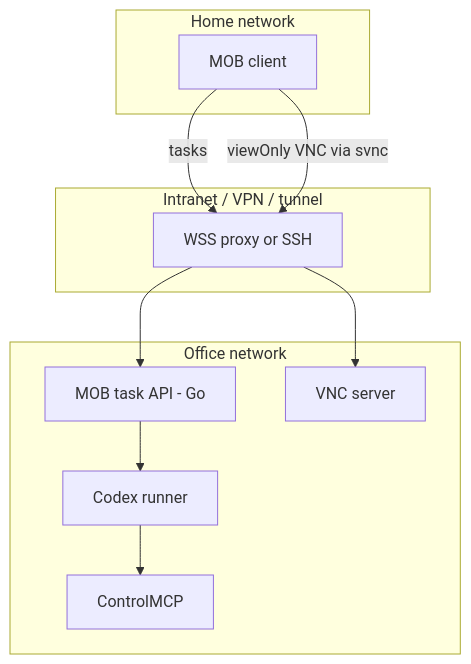
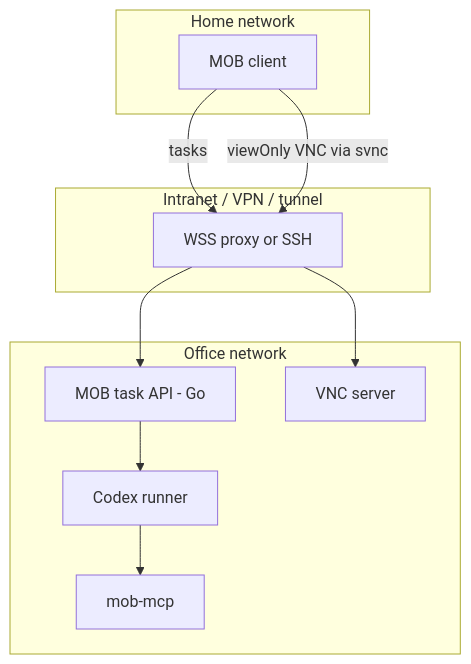
The diagram in docs/architecture.md (CooCoode/mob), drawn with Mermaid before and after one commit. The commit also changed other lines of this file and 9 other files, not shown here.

First line of the commit message:
docs: research computer-use options for mob-mcp

````diff
--- a/docs/architecture.md
+++ b/docs/architecture.md
@@ -66,22 +66,22 @@
 ```mermaid
 flowchart TB
   subgraph home [Home network]
     C[MOB client]
   end
 
   subgraph edge [Intranet / VPN / tunnel]
     T[WSS proxy or SSH]
   end
 
   subgraph officeNet [Office network]
     API[MOB task API - Go]
     Runner[Codex runner]
-    MCP[ControlMCP]
+    MCP[mob-mcp]
     VNC[VNC server]
   end
 
   C -->|tasks| T --> API
   API --> Runner
   Runner --> MCP
   C -->|viewOnly VNC via svnc| T --> VNC
 ```
````
